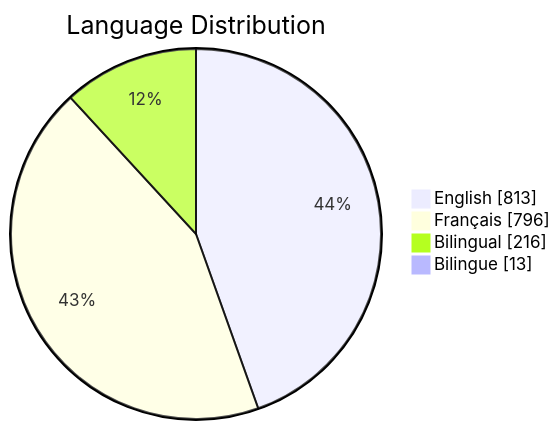
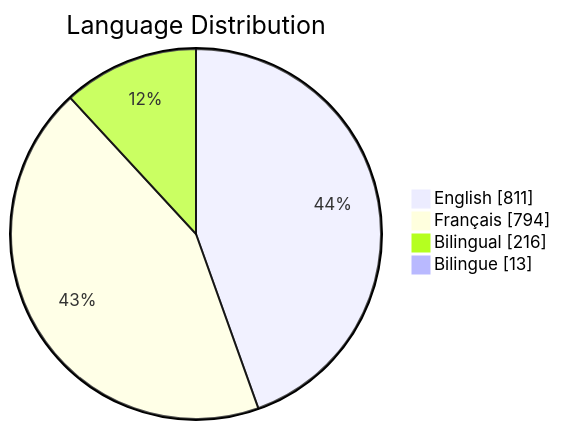
One commit to PatLittle/GC-Socials changed the third of 6 diagrams in README.md. Above: the diagram before and after it, drawn with Mermaid. The commit also changed other lines of this file, not shown here.

Commit message:
Update README with Platform Distribution pie chart

````diff
--- a/README.md
+++ b/README.md
@@ -65,7 +65,7 @@
 ```mermaid
 pie showData title Language Distribution
-    "English": 813
-    "Français": 796
+    "English": 811
+    "Français": 794
     "Bilingual": 216
     "Bilingue": 13
 ```
````
